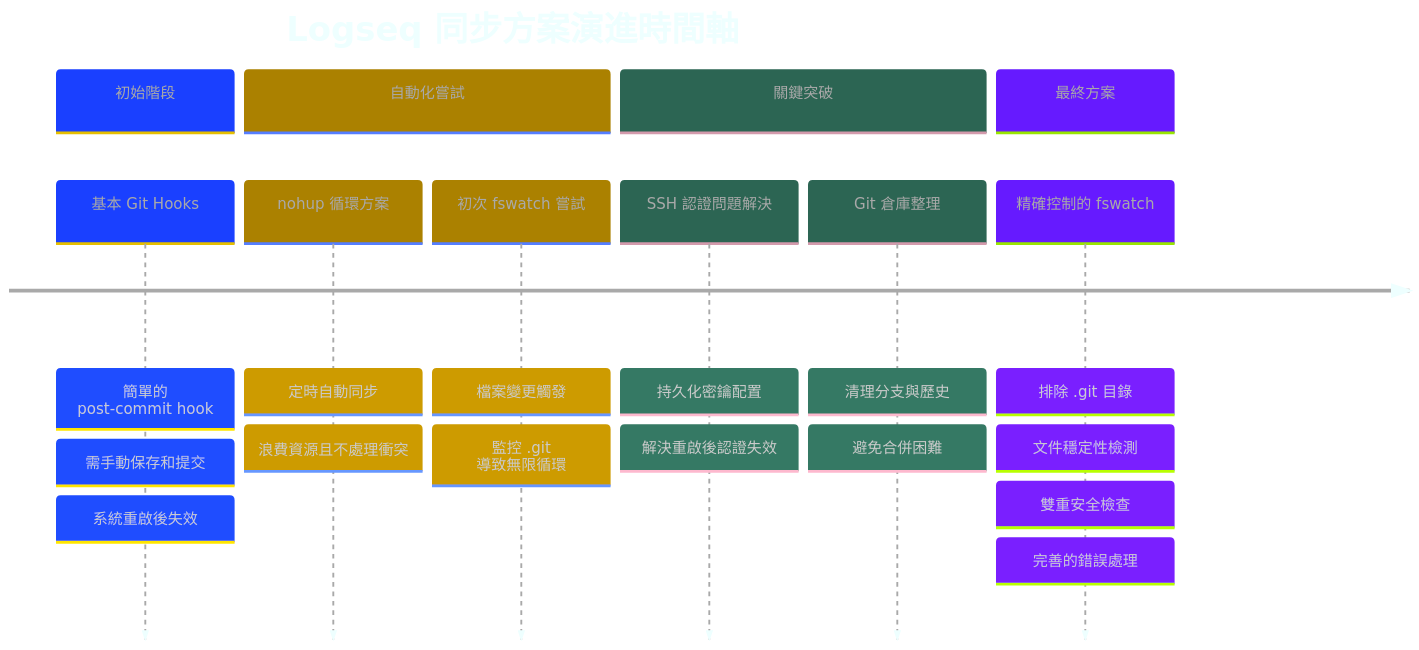
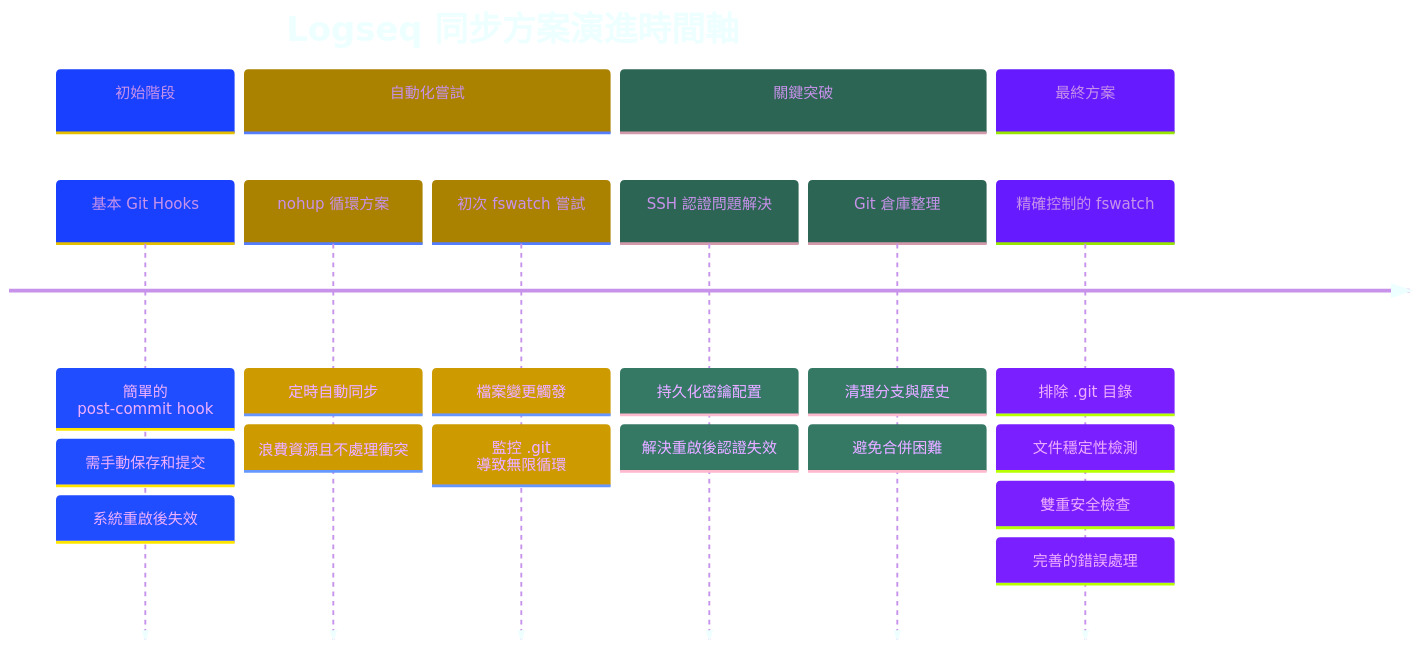
One commit to GengGeng026/Sync-Logseq changed the first of 2 diagrams in Logseq同步方案演進記錄.md. Above: the diagram before and after it, drawn with Mermaid.

Commit message:
Auto saved by Logseq

````diff
--- a/Logseq同步方案演進記錄.md
+++ b/Logseq同步方案演進記錄.md
@@ -24,44 +24,44 @@
 ```mermaid
 %%{init: {
   'theme': 'base', 
   'themeVariables': {
     'primaryColor': '#99AAFF',
     'secondaryColor': '#FFCB2B',
     'tertiaryColor': '#59B79A',
     'lineColor': '#FFFF',
-    'primaryTextColor': 'darkgrey',
+    'primaryTextColor': '#C792EA',
     'primaryBorderColor': '#59B79A',
     'background': 'transparent',
     'textColor': '#EEFFFF',
     'nodeBorder': '#59B79A',
     'clusterBkg': 'transparent',
     'titleColor': '#EEFFFF',
     'sectionBkgColor': '#273747',
     'sectionBkgColor2': '#334455',
     'sectionBkgColor3': '#3A4A5A',
     'sectionBkgColor4': '#42546A',
     'sectionBkgColor5': '#4B5E78'
   }
 }}%%
 timeline
     title Logseq 同步方案演進時間軸
     section 初始階段
         基本 Git Hooks : 簡單的 post-commit hook
         : 需手動保存和提交
         : 系統重啟後失效
     section 自動化嘗試
         nohup 循環方案 : 定時自動同步
         : 浪費資源且不處理衝突
         初次 fswatch 嘗試 : 檔案變更觸發
         : 監控 .git 導致無限循環
     section 關鍵突破
         SSH 認證問題解決 : 持久化密鑰配置
         : 解決重啟後認證失效
         Git 倉庫整理 : 清理分支與歷史
         : 避免合併困難
     section 最終方案
         精確控制的 fswatch : 排除 .git 目錄
         : 文件穩定性檢測
         : 雙重安全檢查
         : 完善的錯誤處理
 ```
````
